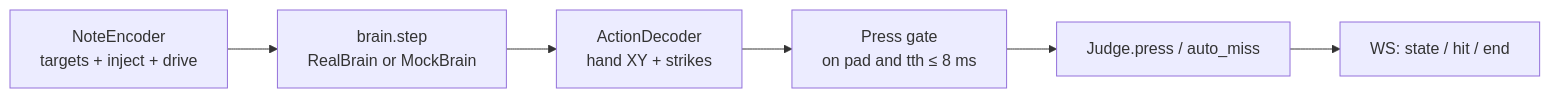
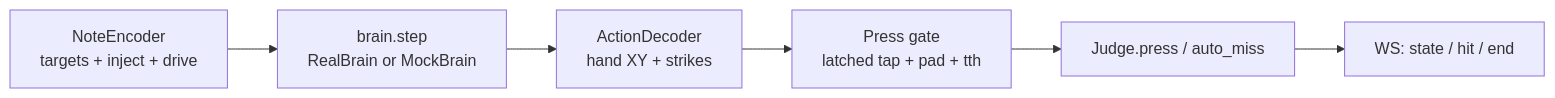
The third of 6 diagrams in README.md (kangwijen/fly-rg), drawn with Mermaid before and after one commit. The commit also changed other lines of this file and 2 other files, not shown here.

````diff
--- a/README.md
+++ b/README.md
@@ -74,11 +74,11 @@
 ```mermaid
 flowchart LR
   encode[NoteEncoder<br/>targets + inject + drive]
   brain[brain.step<br/>RealBrain or MockBrain]
   decode[ActionDecoder<br/>hand XY + strikes]
-  gate[Press gate<br/>on pad and tth ≤ 8 ms]
+  gate[Press gate<br/>latched tap + pad + tth]
   judge[Judge.press / auto_miss]
   out[WS: state / hit / end]
 
   encode --> brain --> decode --> gate --> judge --> out
 ```
````
